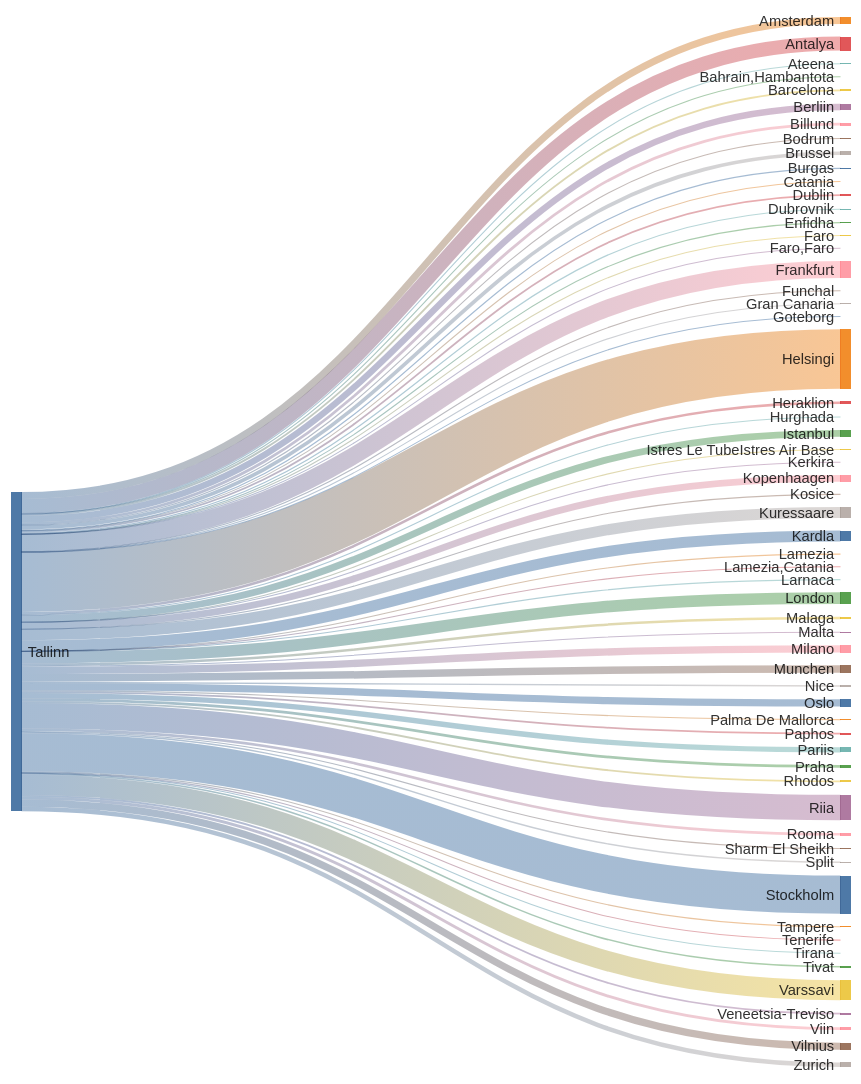
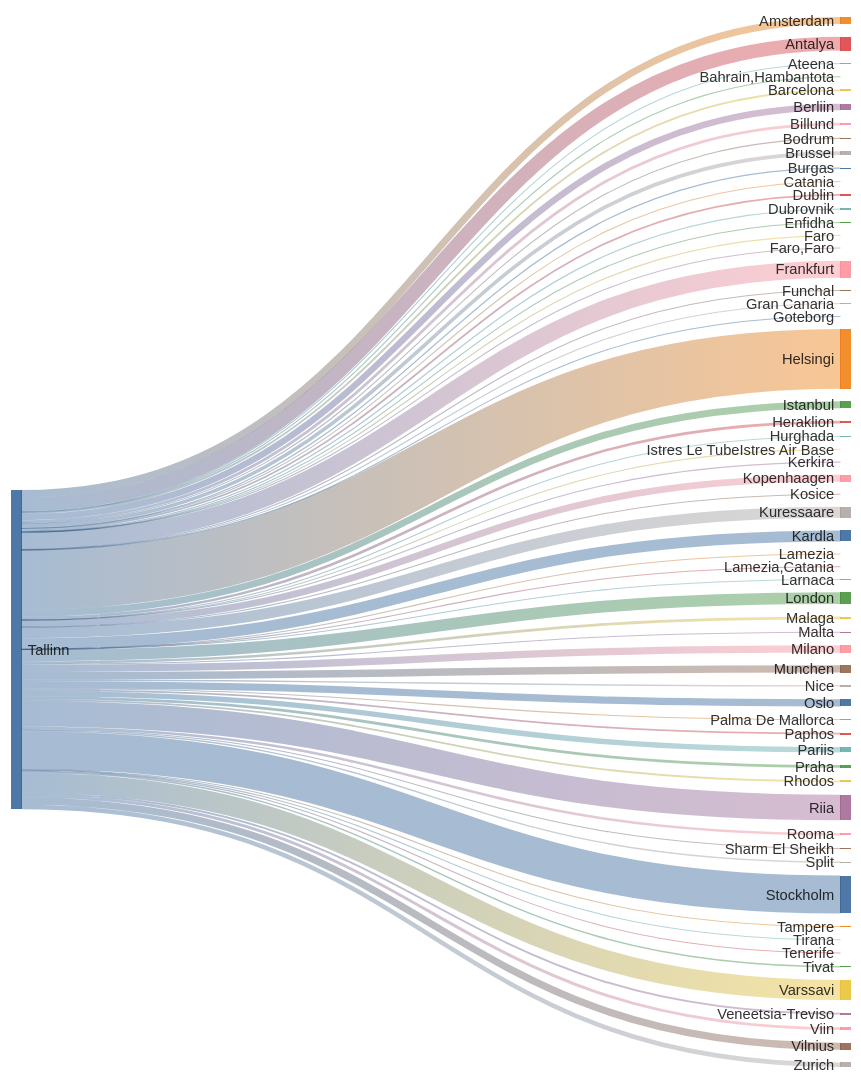
Before and after one commit to rainermesi/tll-airport-departures: the second of 2 diagrams in README.md, drawn with Mermaid. The commit also changed other lines of this file, not shown here.

````diff
--- a/README.md
+++ b/README.md
@@ -34,72 +34,72 @@
 ```mermaid
 ---
 config:
   sankey:
     showValues: false
     width: 800
     height: 1000
 ---
 sankey-beta
 %% source,target,value
-Tallinn,Amsterdam,123
+Tallinn,Amsterdam,125
 Tallinn,Antalya,247
 Tallinn,Ateena,16
 Tallinn,"Bahrain,Hambantota",1
 Tallinn,Barcelona,33
-Tallinn,Berliin,112
+Tallinn,Berliin,113
 Tallinn,Billund,49
 Tallinn,Bodrum,11
 Tallinn,Brussel,65
 Tallinn,Burgas,21
 Tallinn,Catania,2
 Tallinn,Dublin,32
 Tallinn,Dubrovnik,21
 Tallinn,Enfidha,7
 Tallinn,Faro,4
 Tallinn,"Faro,Faro",1
-Tallinn,Frankfurt,301
+Tallinn,Frankfurt,304
 Tallinn,Funchal,5
 Tallinn,Gran Canaria,8
 Tallinn,Goteborg,1
-Tallinn,Helsingi,1050
+Tallinn,Helsingi,1059
 Tallinn,Heraklion,46
 Tallinn,Hurghada,13
-Tallinn,Istanbul,121
+Tallinn,Istanbul,122
 Tallinn,Istres Le TubeIstres Air Base,2
 Tallinn,Kerkira,4
-Tallinn,Kopenhaagen,119
+Tallinn,Kopenhaagen,120
 Tallinn,Kosice,1
-Tallinn,Kuressaare,193
-Tallinn,Kardla,193
+Tallinn,Kuressaare,195
+Tallinn,Kardla,195
 Tallinn,Lamezia,1
 Tallinn,"Lamezia,Catania",3
 Tallinn,Larnaca,4
-Tallinn,London,206
-Tallinn,Malaga,44
+Tallinn,London,208
+Tallinn,Malaga,45
 Tallinn,Malta,15
-Tallinn,Milano,130
+Tallinn,Milano,131
 Tallinn,Munchen,132
 Tallinn,Nice,25
-Tallinn,Oslo,127
+Tallinn,Oslo,128
 Tallinn,Palma De Mallorca,19
-Tallinn,Paphos,31
-Tallinn,Pariis,94
+Tallinn,Paphos,32
+Tallinn,Pariis,95
 Tallinn,Praha,49
 Tallinn,Rhodos,32
-Tallinn,Riia,449
+Tallinn,Riia,453
 Tallinn,Rooma,45
 Tallinn,Sharm El Sheikh,15
 Tallinn,Split,25
-Tallinn,Stockholm,670
+Tallinn,Stockholm,673
 Tallinn,Tampere,17
-Tallinn,Tenerife,11
+Tallinn,Tenerife,12
 Tallinn,Tirana,8
 Tallinn,Tivat,26
-Tallinn,Varssavi,353
-Tallinn,Veneetsia-Treviso,32
-Tallinn,Viin,51
-Tallinn,Vilnius,126
+Tallinn,Varssavi,357
+Tallinn,Veneetsia-Treviso,33
+Tallinn,Viin,52
+Tallinn,Vilnius,127
 Tallinn,Zurich,80
 
 
 ```
````
